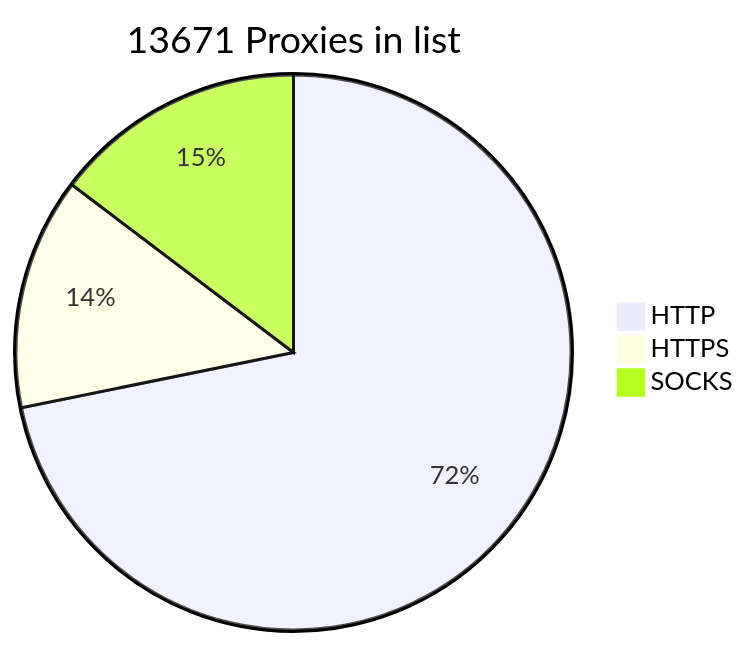
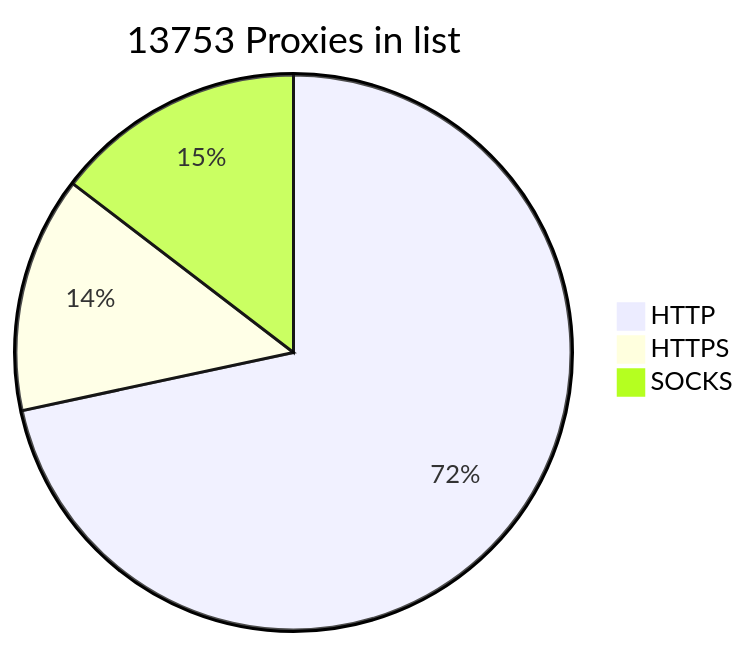
The diagram in README.md (BlackSnowDot/proxylist-update-every-minute), drawn with Mermaid before and after one commit. The commit also changed other lines of this file, not shown here.

````diff
--- a/README.md
+++ b/README.md
@@ -2,6 +2,6 @@
 ```mermaid
-pie title 13671 Proxies in list
-    "HTTP" : 10299
-    "HTTPS": 1937
+pie title 13753 Proxies in list
+    "HTTP" : 10333
+    "HTTPS": 1984
     "SOCKS" : 2106
 ```
````
